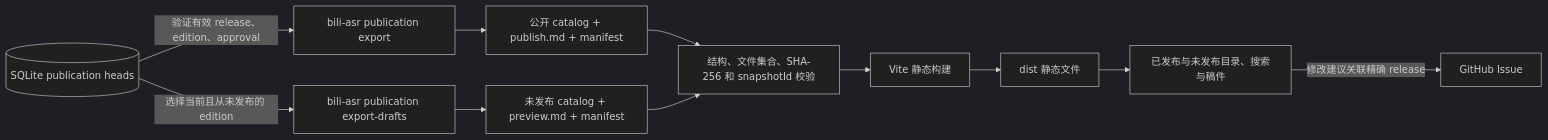
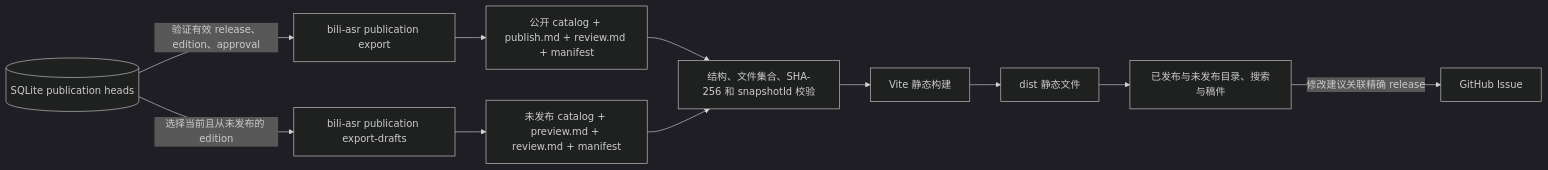
Before and after one commit to SuperCatQR/markdown-reading-site: the diagram in README.md, drawn with Mermaid (dark theme). The commit also changed other lines of this file and 12 other files, not shown here.

````diff
--- a/README.md
+++ b/README.md
@@ -10,13 +10,13 @@
 ```mermaid
 flowchart LR
   db[(SQLite publication heads)] -->|验证有效 release、edition、approval| exporter[bili-asr publication export]
-  exporter --> content[公开 catalog + publish.md + manifest]
+  exporter --> content[公开 catalog + publish.md + review.md + manifest]
   db -->|选择当前且从未发布的 edition| draftExporter[bili-asr publication export-drafts]
-  draftExporter --> drafts[未发布 catalog + preview.md + manifest]
+  draftExporter --> drafts[未发布 catalog + preview.md + review.md + manifest]
   content --> validate[结构、文件集合、SHA-256 和 snapshotId 校验]
   drafts --> validate
   validate --> vite[Vite 静态构建]
   vite --> dist[dist 静态文件]
   dist --> browser[已发布与未发布目录、搜索与稿件]
   browser -->|修改建议关联精确 release| issue[GitHub Issue]
 ```
````
